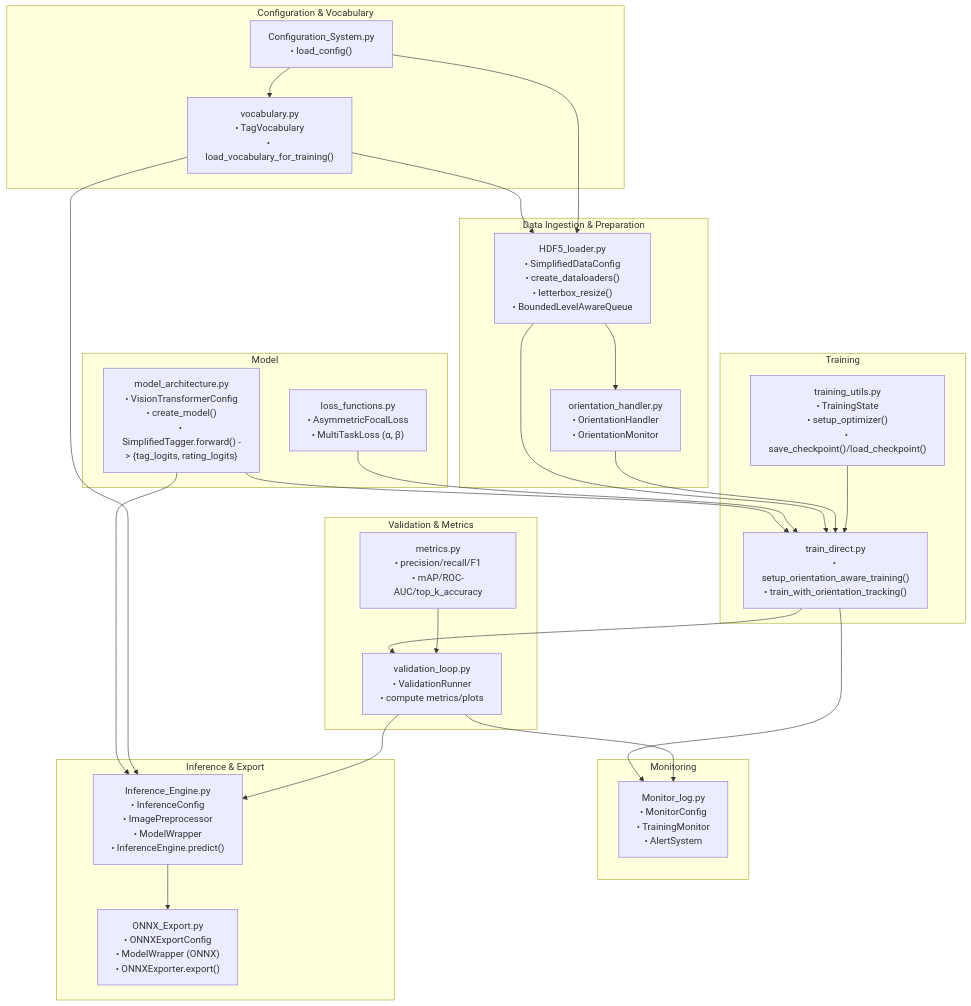
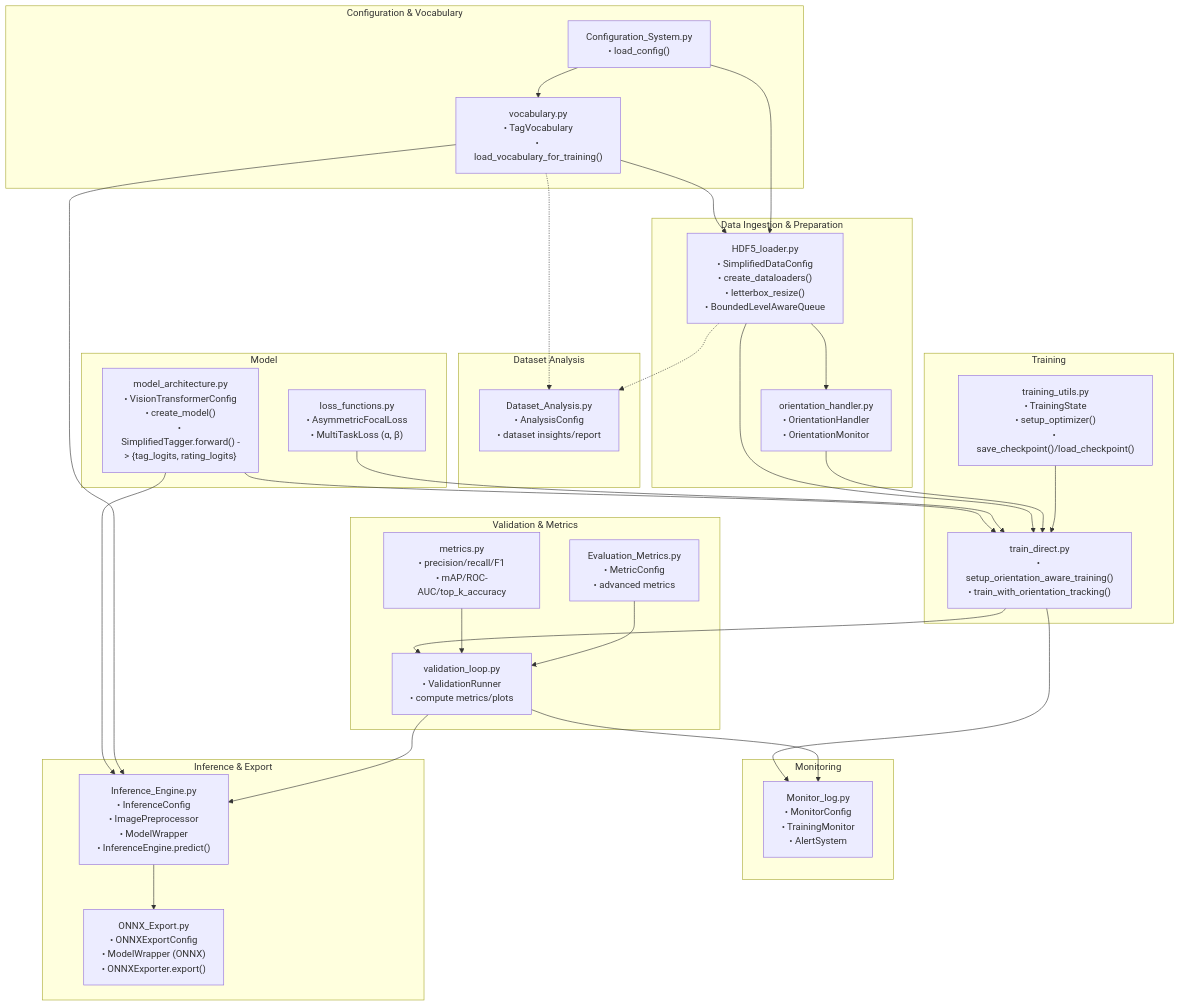
Before and after one commit to grio43/OppaiOracle: the diagram in README.md, drawn with Mermaid.

Commit message:
docs: expand architecture mermaid chart

````diff
--- a/README.md
+++ b/README.md
@@ -3,60 +3,69 @@
 ```mermaid
 flowchart TD
   %% Configuration & Vocabulary
   subgraph A[Configuration & Vocabulary]
     Config["Configuration_System.py\n• load_config()"]
     Vocab["vocabulary.py\n• TagVocabulary\n• load_vocabulary_for_training()"]
     Config --> Vocab
   end
 
   %% Data Ingestion & Preparation
   subgraph B[Data Ingestion & Preparation]
     H5["HDF5_loader.py\n• SimplifiedDataConfig\n• create_dataloaders()\n• letterbox_resize()\n• BoundedLevelAwareQueue"]
     Orient["orientation_handler.py\n• OrientationHandler\n• OrientationMonitor"]
     Vocab --> H5
     Config --> H5
     H5 --> Orient
+  end
+
+  %% Dataset Analysis
+  subgraph H[Dataset Analysis]
+    DataA["Dataset_Analysis.py\n• AnalysisConfig\n• dataset insights/report"]
+    H5 -.-> DataA
+    Vocab -.-> DataA
   end
 
   %% Model
   subgraph C[Model]
     Arch["model_architecture.py\n• VisionTransformerConfig\n• create_model()\n• SimplifiedTagger.forward() -> {tag_logits, rating_logits}"]
     Losses["loss_functions.py\n• AsymmetricFocalLoss\n• MultiTaskLoss (α, β)"]
   end
 
   %% Training
   subgraph D[Training]
     Train["train_direct.py\n• setup_orientation_aware_training()\n• train_with_orientation_tracking()"]
     TUtils["training_utils.py\n• TrainingState\n• setup_optimizer()\n• save_checkpoint()/load_checkpoint()"]
     Arch --> Train
     Losses --> Train
     H5 --> Train
     Orient --> Train
     TUtils --> Train
   end
 
   %% Validation & Metrics
   subgraph E[Validation & Metrics]
     Val["validation_loop.py\n• ValidationRunner\n• compute metrics/plots"]
     Metrics["metrics.py\n• precision/recall/F1\n• mAP/ROC-AUC/top_k_accuracy"]
+    AdvM["Evaluation_Metrics.py\n• MetricConfig\n• advanced metrics"]
     Train --> Val
     Metrics --> Val
+    AdvM --> Val
   end
 
   %% Monitoring
   subgraph F[Monitoring]
     Mon["Monitor_log.py\n• MonitorConfig\n• TrainingMonitor\n• AlertSystem"]
     Train --> Mon
     Val --> Mon
   end
 
   %% Inference & Export
   subgraph G[Inference & Export]
     Infer["Inference_Engine.py\n• InferenceConfig\n• ImagePreprocessor\n• ModelWrapper\n• InferenceEngine.predict()"]
     Export["ONNX_Export.py\n• ONNXExportConfig\n• ModelWrapper (ONNX)\n• ONNXExporter.export()"]
     Arch --> Infer
     Vocab --> Infer
     Val --> Infer
     Infer --> Export
   end
 ```
````
